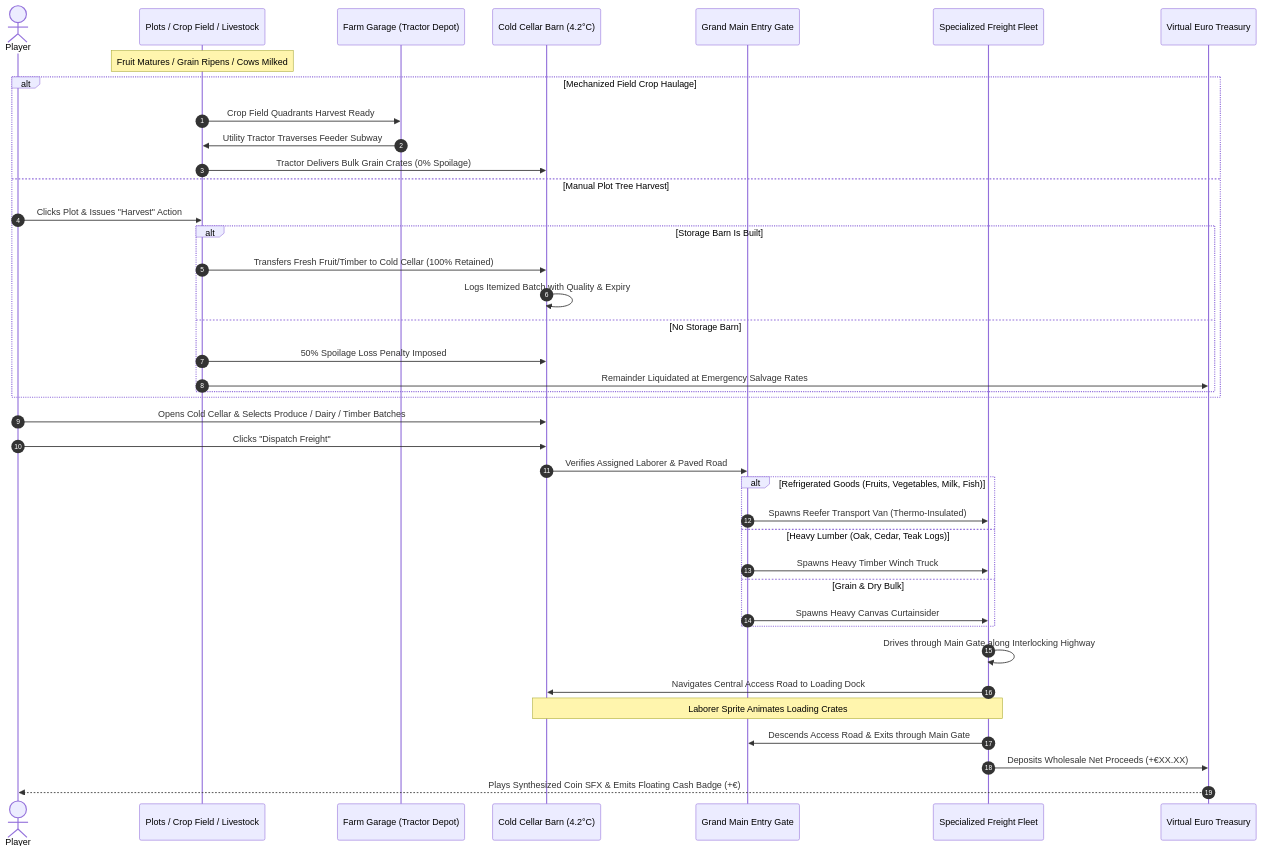
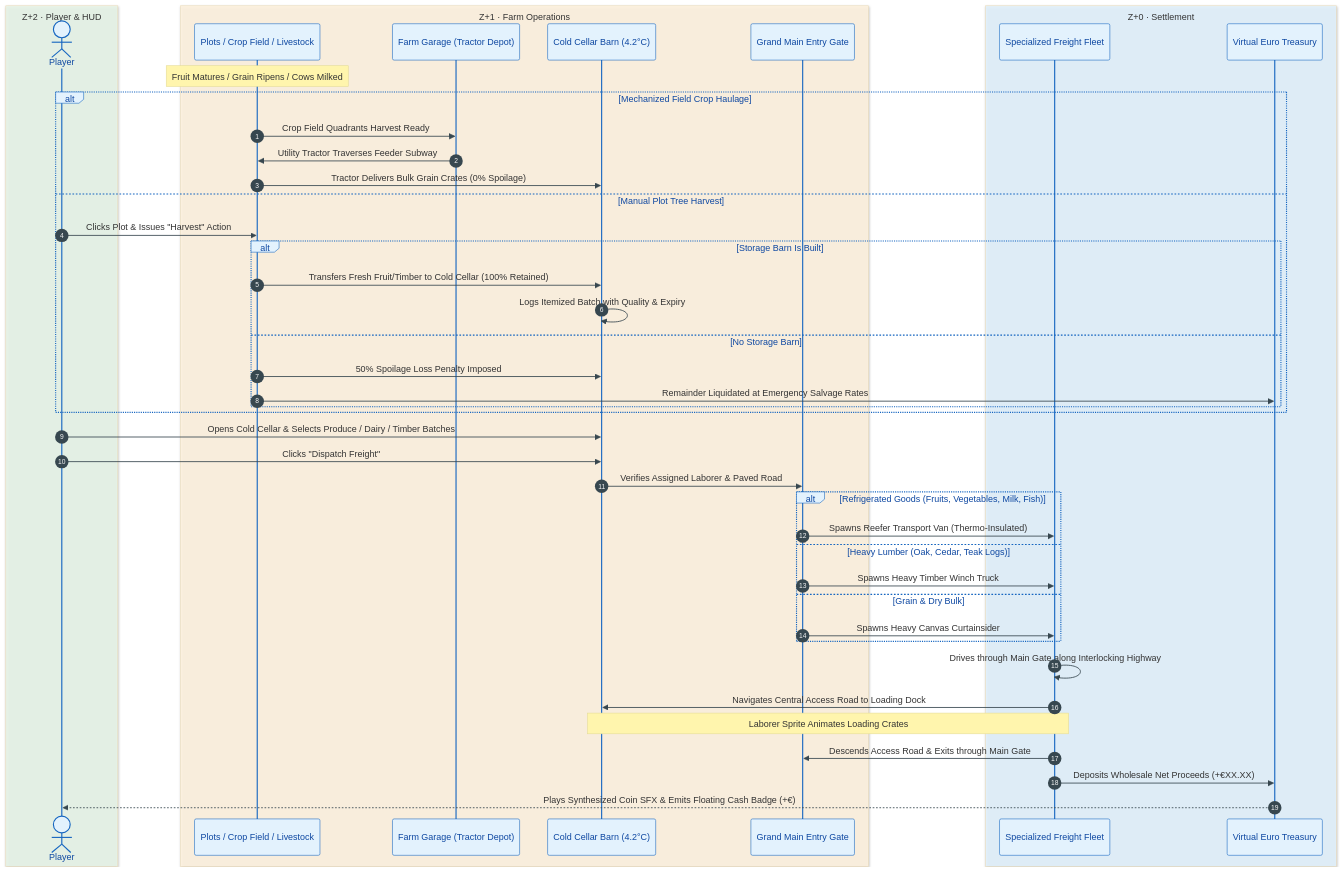
The fifth of 13 diagrams in README.md (mishu-anik23/searchO2), drawn with Mermaid before and after one commit. The commit also changed other lines of this file, not shown here.

First line of the commit message:
docs(readme): add layered 3D Mermaid workflows for farm, OxyForge, and backend

````diff
--- a/README.md
+++ b/README.md
@@ -294,47 +363,54 @@
 ```mermaid
+%%{init: {'theme':'base', 'themeVariables': { 'actorBkg':'#E3F2FD','actorBorder':'#1565C0','actorTextColor':'#0D47A1','signalColor':'#37474F'}}}%%
 sequenceDiagram
     autonumber
-    actor Player
-    participant Field as Plots / Crop Field / Livestock
-    participant Garage as Farm Garage (Tractor Depot)
-    participant Storage as Cold Cellar Barn (4.2°C)
-    participant Gate as Grand Main Entry Gate
-    participant Carrier as Specialized Freight Fleet
-    participant Bank as Virtual Euro Treasury
+    box rgba(232,245,233,0.9) Z+2 · Player & HUD
+        actor Player
+    end
+    box rgba(255,243,224,0.9) Z+1 · Farm Operations
+        participant Field as Plots / Crop Field / Livestock
+        participant Garage as Farm Garage (Tractor Depot)
+        participant Storage as Cold Cellar Barn (4.2°C)
+        participant Gate as Grand Main Entry Gate
+    end
+    box rgba(227,242,253,0.9) Z+0 · Settlement
+        participant Carrier as Specialized Freight Fleet
+        participant Bank as Virtual Euro Treasury
+    end
 
     Note over Field: Fruit Matures / Grain Ripens / Cows Milked
     
     alt Mechanized Field Crop Haulage
         Field->>Garage: Crop Field Quadrants Harvest Ready
         Garage->>Field: Utility Tractor Traverses Feeder Subway
         Field->>Storage: Tractor Delivers Bulk Grain Crates (0% Spoilage)
     else Manual Plot Tree Harvest
         Player->>Field: Clicks Plot & Issues "Harvest" Action
         alt Storage Barn Is Built
             Field->>Storage: Transfers Fresh Fruit/Timber to Cold Cellar (100% Retained)
             Storage->>Storage: Logs Itemized Batch with Quality & Expiry
         else No Storage Barn
             Field->>Storage: 50% Spoilage Loss Penalty Imposed
             Field->>Bank: Remainder Liquidated at Emergency Salvage Rates
         end
     end
 
     Player->>Storage: Opens Cold Cellar & Selects Produce / Dairy / Timber Batches
     Player->>Storage: Clicks "Dispatch Freight"
     Storage->>Gate: Verifies Assigned Laborer & Paved Road
     
     alt Refrigerated Goods (Fruits, Vegetables, Milk, Fish)
         Gate->>Carrier: Spawns Reefer Transport Van (Thermo-Insulated)
     else Heavy Lumber (Oak, Cedar, Teak Logs)
         Gate->>Carrier: Spawns Heavy Timber Winch Truck
     else Grain & Dry Bulk
         Gate->>Carrier: Spawns Heavy Canvas Curtainsider
     end
 
     Carrier->>Carrier: Drives through Main Gate along Interlocking Highway
     Carrier->>Storage: Navigates Central Access Road to Loading Dock
     Note over Storage,Carrier: Laborer Sprite Animates Loading Crates
     Carrier->>Gate: Descends Access Road & Exits through Main Gate
     Carrier->>Bank: Deposits Wholesale Net Proceeds (+€XX.XX)
     Bank-->>Player: Plays Synthesized Coin SFX & Emits Floating Cash Badge (+€)
 ```
````
